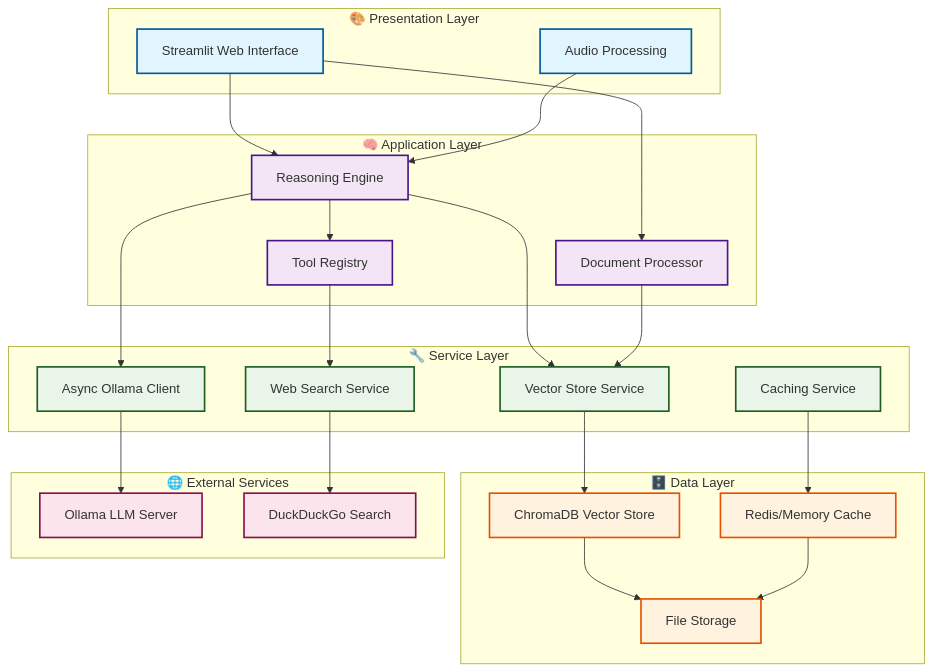
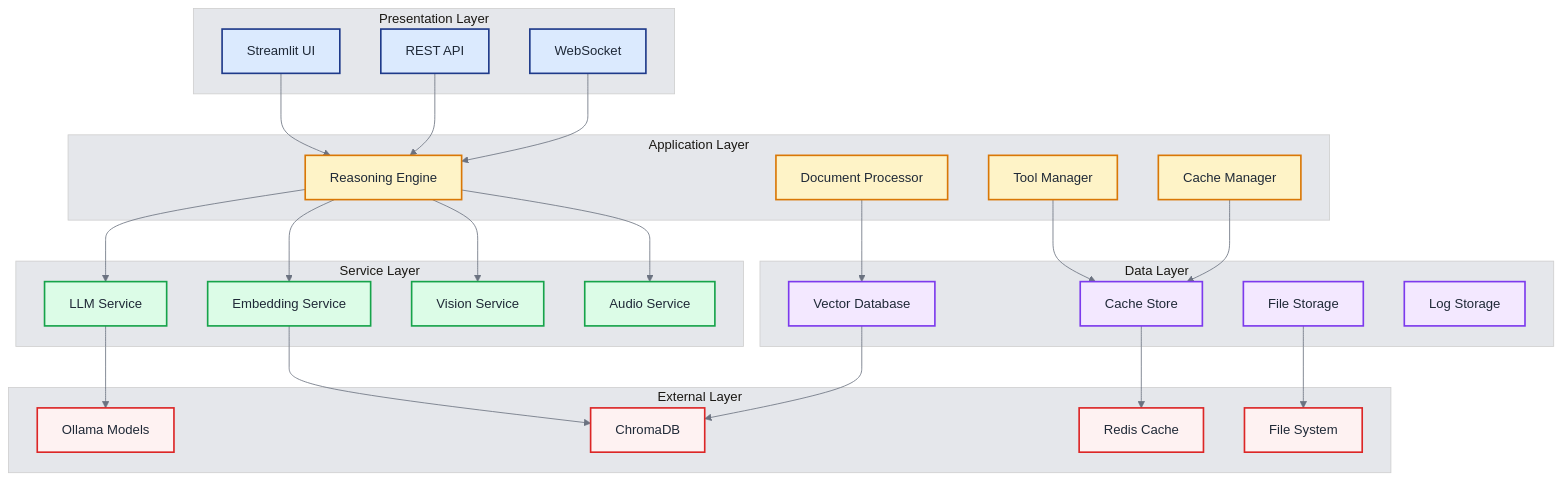
The first of 14 diagrams in docs/ARCHITECTURE.md (khaosans/basic-chat), drawn with Mermaid before and after one commit. The commit also changed other lines of this file and 10 other files, not shown here.

````diff
--- a/docs/ARCHITECTURE.md
+++ b/docs/ARCHITECTURE.md
@@ -13,65 +23,68 @@
 ```mermaid
+%%{init: {'theme': 'base', 'themeVariables': { 'fontSize': '16px', 'fontFamily': 'Arial, sans-serif', 'primaryColor': '#1e3a8a', 'primaryTextColor': '#1f2937', 'primaryBorderColor': '#374151', 'lineColor': '#6b7280', 'secondaryColor': '#f3f4f6', 'tertiaryColor': '#e5e7eb', 'edgeLabelBackground': '#f9fafb'}}}%%
 graph TB
-    subgraph "🎨 Presentation Layer"
-        UI[Streamlit Web Interface]
-        AUDIO[Audio Processing]
+    subgraph "Presentation Layer"
+        UI[Streamlit UI]
+        API[REST API]
+        WS[WebSocket]
     end
     
-    subgraph "🧠 Application Layer"
+    subgraph "Application Layer"
         RE[Reasoning Engine]
         DP[Document Processor]
-        TR[Tool Registry]
+        TM[Tool Manager]
+        CM[Cache Manager]
     end
     
-    subgraph "🔧 Service Layer"
-        AO[Async Ollama Client]
-        VS[Vector Store Service]
-        CS[Caching Service]
-        WS[Web Search Service]
+    subgraph "Service Layer"
+        LLM[LLM Service]
+        EMB[Embedding Service]
+        VISION[Vision Service]
+        AUDIO[Audio Service]
     end
     
-    subgraph "🗄️ Data Layer"
-        CHROMA[ChromaDB Vector Store]
-        CACHE[Redis/Memory Cache]
+    subgraph "Data Layer"
+        VDB[Vector Database]
+        CACHE[Cache Store]
         FILES[File Storage]
+        LOGS[Log Storage]
     end
     
-    subgraph "🌐 External Services"
-        OLLAMA[Ollama LLM Server]
-        DDG[DuckDuckGo Search]
+    subgraph "External Layer"
+        OLLAMA[Ollama Models]
+        CHROMADB[ChromaDB]
+        REDIS[Redis Cache]
+        FILESYSTEM[File System]
     end
     
-    %% Presentation Layer Connections
     UI --> RE
-    UI --> DP
-    AUDIO --> RE
+    API --> RE
+    WS --> RE
     
-    %% Application Layer Connections
-    RE --> AO
-    RE --> VS
-    RE --> TR
-    DP --> VS
-    TR --> WS
+    RE --> LLM
+    RE --> EMB
+    RE --> VISION
+    RE --> AUDIO
     
-    %% Service Layer Connections
-    AO --> OLLAMA
-    VS --> CHROMA
-    CS --> CACHE
-    WS --> DDG
+    DP --> VDB
+    TM --> CACHE
+    CM --> CACHE
     
-    %% Data Layer Connections
-    CHROMA --> FILES
-    CACHE --> FILES
+    LLM --> OLLAMA
+    EMB --> CHROMADB
+    VDB --> CHROMADB
+    CACHE --> REDIS
+    FILES --> FILESYSTEM
     
-    classDef presentation fill:#E1F5FE,stroke:#01579B,stroke-width:2px
-    classDef application fill:#F3E5F5,stroke:#4A148C,stroke-width:2px
-    classDef service fill:#E8F5E8,stroke:#1B5E20,stroke-width:2px
-    classDef data fill:#FFF3E0,stroke:#E65100,stroke-width:2px
-    classDef external fill:#FCE4EC,stroke:#880E4F,stroke-width:2px
+    classDef presentation fill:#dbeafe,stroke:#1e3a8a,stroke-width:2px,color:#1f2937
+    classDef application fill:#fef3c7,stroke:#d97706,stroke-width:2px,color:#1f2937
+    classDef service fill:#dcfce7,stroke:#16a34a,stroke-width:2px,color:#1f2937
+    classDef data fill:#f3e8ff,stroke:#7c3aed,stroke-width:2px,color:#1f2937
+    classDef external fill:#fef2f2,stroke:#dc2626,stroke-width:2px,color:#1f2937
     
-    class UI,AUDIO presentation
-    class RE,DP,TR application
-    class AO,VS,CS,WS service
-    class CHROMA,CACHE,FILES data
-    class OLLAMA,DDG external
+    class UI,API,WS presentation
+    class RE,DP,TM,CM application
+    class LLM,EMB,VISION,AUDIO service
+    class VDB,CACHE,FILES,LOGS data
+    class OLLAMA,CHROMADB,REDIS,FILESYSTEM external
 ```
````
